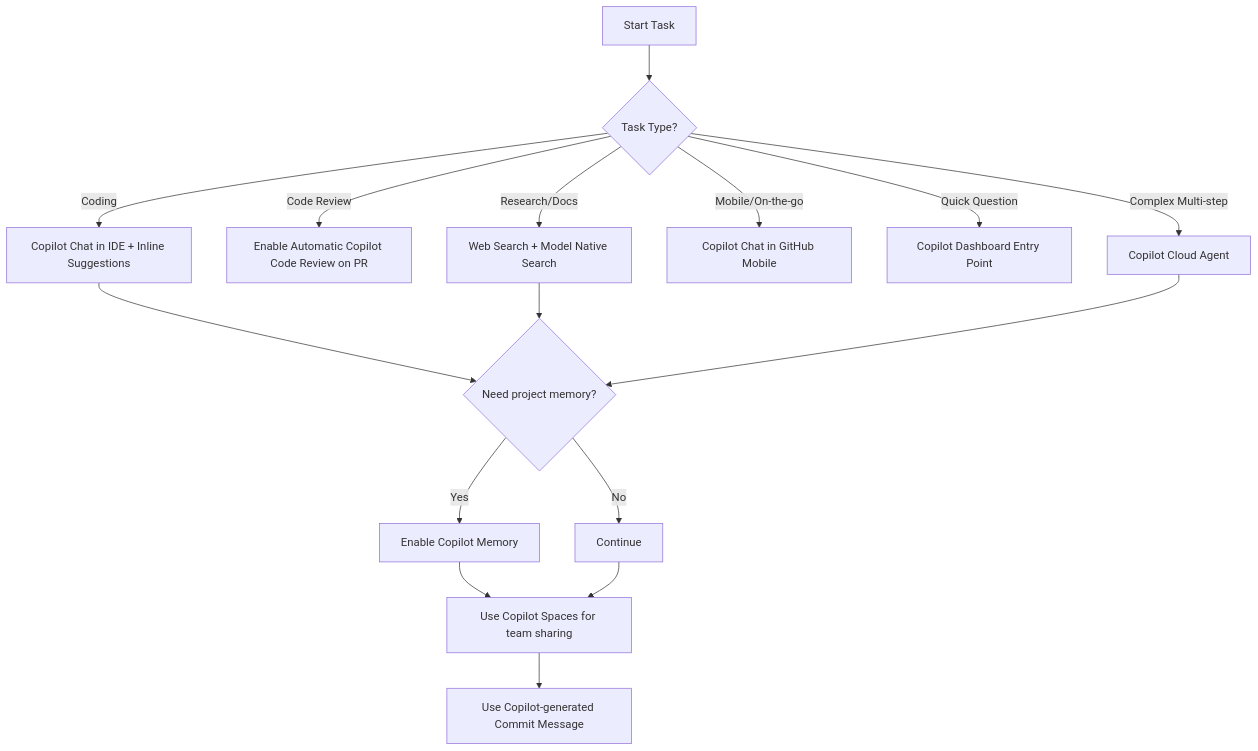
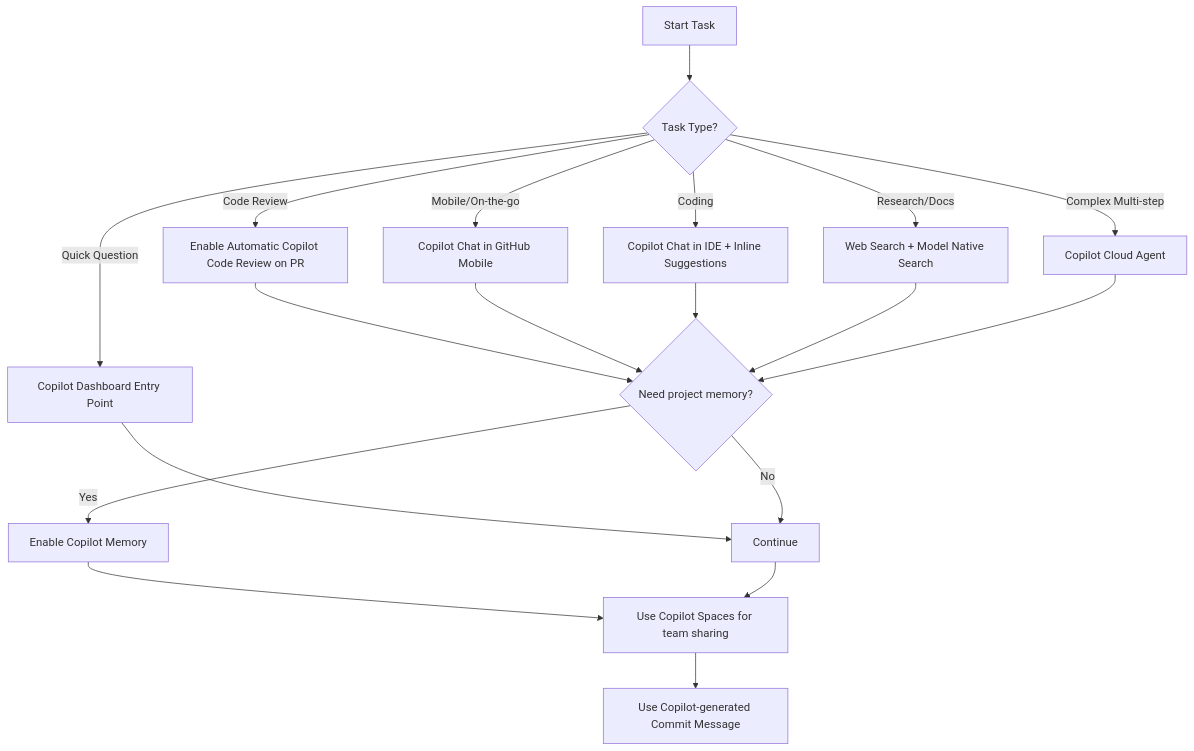
Before and after one commit to Zamila18/JachaiX: the diagram in docs/COPILOT_GUIDE.md, drawn with Mermaid. The commit also changed 1 other file, not shown here.

Commit message:
Address validation feedback in Copilot docs

````diff
--- a/docs/COPILOT_GUIDE.md
+++ b/docs/COPILOT_GUIDE.md
@@ -78,18 +78,21 @@
 ```mermaid
 flowchart TD
     A[Start Task] --> B{Task Type?}
     B -->|Coding| C[Copilot Chat in IDE + Inline Suggestions]
     B -->|Code Review| D[Enable Automatic Copilot Code Review on PR]
     B -->|Research/Docs| E[Web Search + Model Native Search]
     B -->|Mobile/On-the-go| F[Copilot Chat in GitHub Mobile]
     B -->|Quick Question| G[Copilot Dashboard Entry Point]
     B -->|Complex Multi-step| H[Copilot Cloud Agent]
+    D --> I
+    F --> I
+    G --> K
     C --> I{Need project memory?}
     E --> I
     H --> I
     I -->|Yes| J[Enable Copilot Memory]
     I -->|No| K[Continue]
     J --> L[Use Copilot Spaces for team sharing]
     K --> L
     L --> M[Use Copilot-generated Commit Message]
 ```
````
